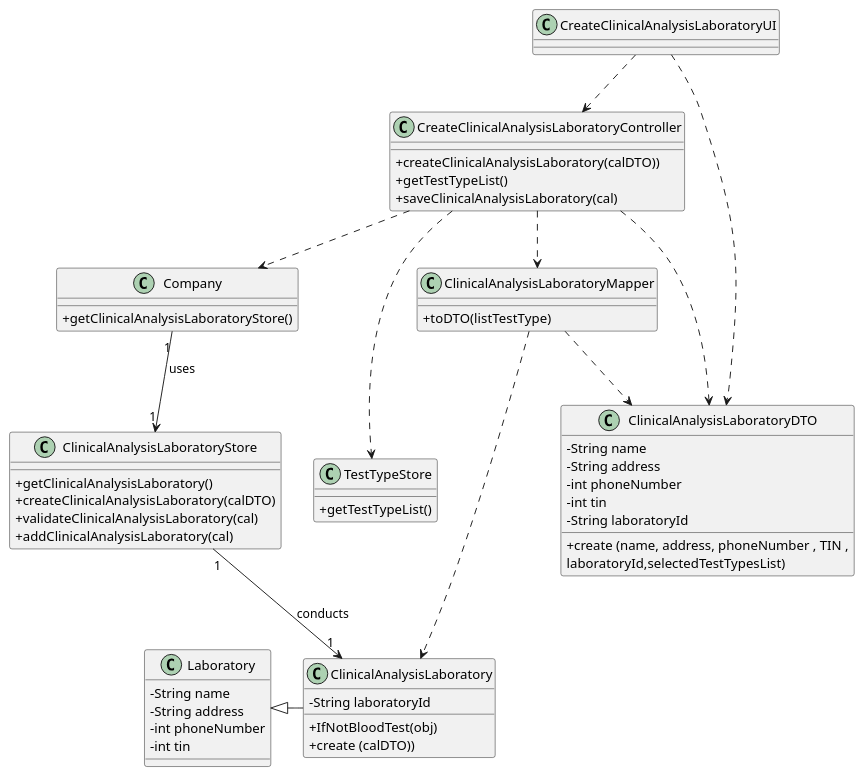
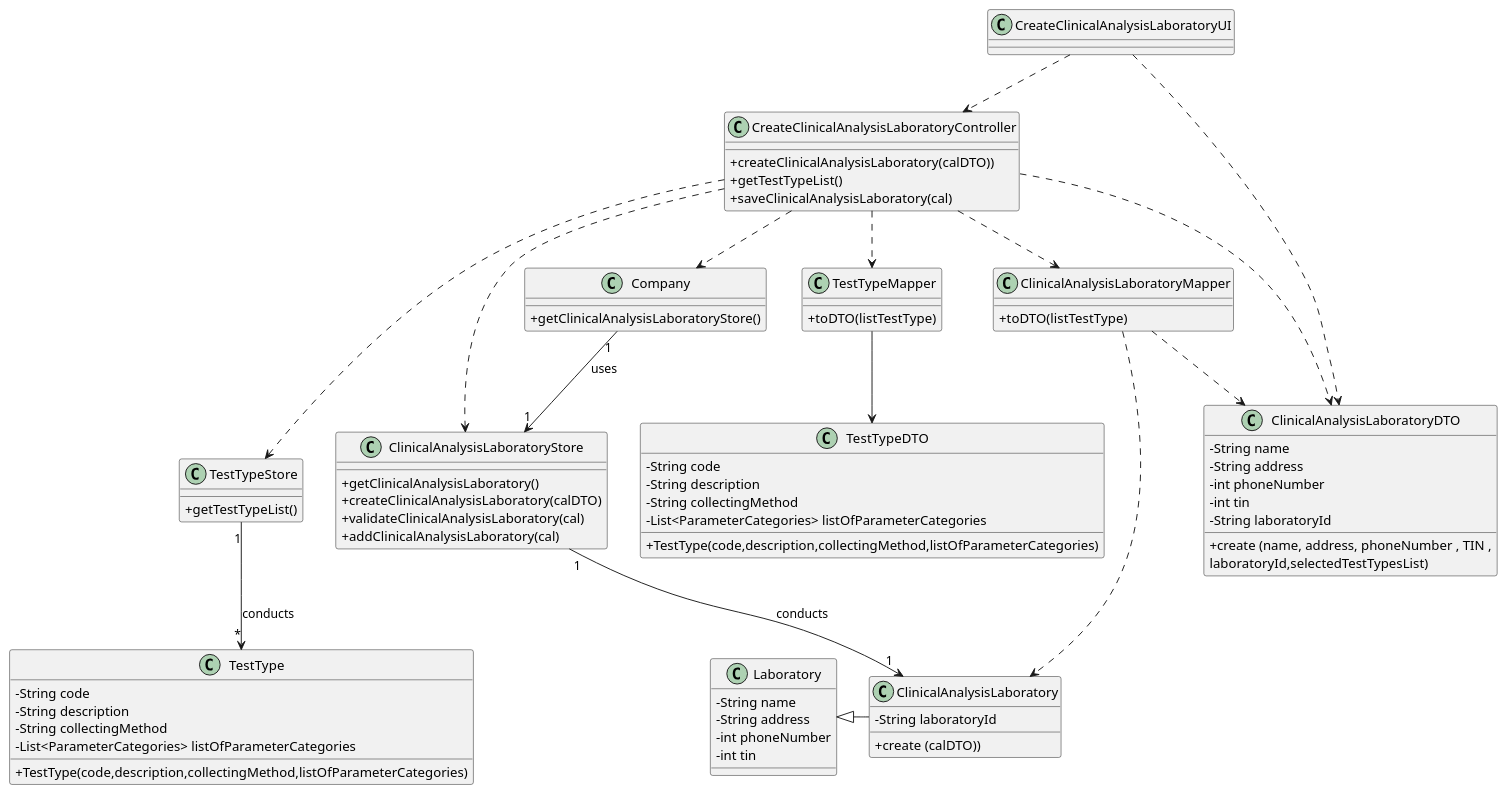
The diagram in docs/SprintB/US08/US08_CD.puml (manu-07-ela/LAPR2_ISEP), drawn with PlantUML before and after one commit. The commit also changed 5 other files, not shown here.

```diff
--- a/docs/SprintB/US08/US08_CD.puml
+++ b/docs/SprintB/US08/US08_CD.puml
@@ -1,75 +1,98 @@
 @startuml
 skinparam classAttributeIconSize 0
 
 class CreateClinicalAnalysisLaboratoryUI{
 }
 
 class CreateClinicalAnalysisLaboratoryController{
   +createClinicalAnalysisLaboratory(calDTO))
   +getTestTypeList()
   +saveClinicalAnalysisLaboratory(cal)
 }
 
 class Company{
   +getClinicalAnalysisLaboratoryStore()
 }
 
 
 class ClinicalAnalysisLaboratory {
   -String laboratoryId
-  +IfNotBloodTest(obj)
   +create (calDTO))
 
 
 }
 
 class Laboratory {
   -String name
   -String address
   -int phoneNumber
   -int tin
 
 }
 
 class TestTypeStore{
 +getTestTypeList()
 }
 
 class ClinicalAnalysisLaboratoryStore{
   +getClinicalAnalysisLaboratory()
   +createClinicalAnalysisLaboratory(calDTO)
   +validateClinicalAnalysisLaboratory(cal)
   +addClinicalAnalysisLaboratory(cal)
 }
 
 class ClinicalAnalysisLaboratoryMapper {
    +toDTO(listTestType)
 }
 
+class TestTypeMapper {
+   +toDTO(listTestType)
+}
+
 
 class ClinicalAnalysisLaboratoryDTO {
   -String name
   -String address
   -int phoneNumber
   -int tin
   -String laboratoryId
   +create (name, address, phoneNumber , TIN ,\nlaboratoryId,selectedTestTypesList)
+}
+
+class TestType{
+  -String code
+  -String description
+  -String collectingMethod
+  -List<ParameterCategories> listOfParameterCategories
+  +TestType(code,description,collectingMethod,listOfParameterCategories)
+}
+
+class TestTypeDTO{
+  -String code
+  -String description
+  -String collectingMethod
+  -List<ParameterCategories> listOfParameterCategories
+  +TestType(code,description,collectingMethod,listOfParameterCategories)
+}
 
 
-}
+
 
 
 
 CreateClinicalAnalysisLaboratoryUI ..> CreateClinicalAnalysisLaboratoryController
 CreateClinicalAnalysisLaboratoryUI ..> ClinicalAnalysisLaboratoryDTO
 CreateClinicalAnalysisLaboratoryController ..> ClinicalAnalysisLaboratoryDTO
 CreateClinicalAnalysisLaboratoryController ..> Company
 CreateClinicalAnalysisLaboratoryController ...> TestTypeStore
 CreateClinicalAnalysisLaboratoryController ..> ClinicalAnalysisLaboratoryMapper
+CreateClinicalAnalysisLaboratoryController ..> ClinicalAnalysisLaboratoryStore
+CreateClinicalAnalysisLaboratoryController ..> TestTypeMapper
 ClinicalAnalysisLaboratoryStore"1" --> "1" ClinicalAnalysisLaboratory : conducts
 Laboratory  <|- ClinicalAnalysisLaboratory
 ClinicalAnalysisLaboratoryMapper ..> ClinicalAnalysisLaboratoryDTO
 ClinicalAnalysisLaboratoryMapper ...> ClinicalAnalysisLaboratory
 Company "1" --> "1" ClinicalAnalysisLaboratoryStore : uses
-
+TestTypeStore "1" --> "*" TestType : conducts
+TestTypeMapper --> TestTypeDTO
 @enduml
```
